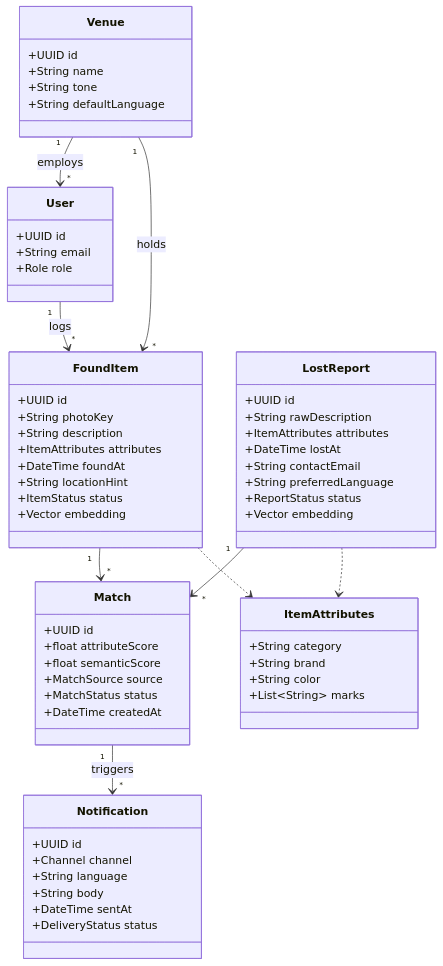
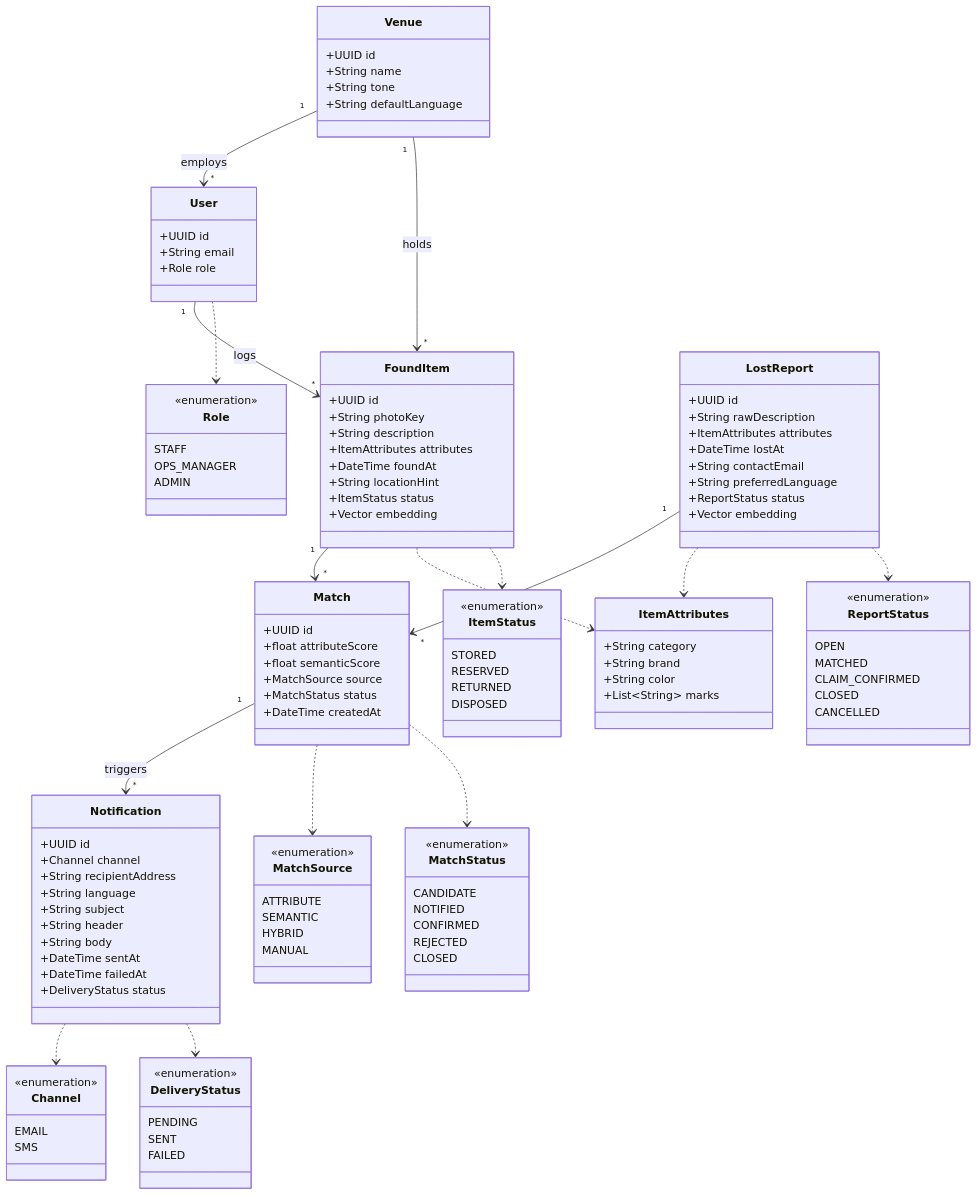
Before and after one commit to AET-DevOps26/team-chaos-monkeys: the second of 3 diagrams in docs/architecture.md, drawn with Mermaid. The commit also changed 1 other file, not shown here.

Commit message:
docs: complete analysis object model

````diff
--- a/docs/architecture.md
+++ b/docs/architecture.md
@@ -130,6 +130,12 @@
       +String email
       +Role role
     }
+    class Role {
+      <<enumeration>>
+      STAFF
+      OPS_MANAGER
+      ADMIN
+    }
     class FoundItem {
       +UUID id
       +String photoKey
@@ -139,6 +145,13 @@
       +String locationHint
       +ItemStatus status
       +Vector embedding
+    }
+    class ItemStatus {
+      <<enumeration>>
+      STORED
+      RESERVED
+      RETURNED
+      DISPOSED
     }
     class LostReport {
       +UUID id
@@ -150,6 +163,14 @@
       +ReportStatus status
       +Vector embedding
     }
+    class ReportStatus {
+      <<enumeration>>
+      OPEN
+      MATCHED
+      CLAIM_CONFIRMED
+      CLOSED
+      CANCELLED
+    }
     class Match {
       +UUID id
       +float attributeScore
@@ -158,13 +179,43 @@
       +MatchStatus status
       +DateTime createdAt
     }
+    class MatchSource {
+      <<enumeration>>
+      ATTRIBUTE
+      SEMANTIC
+      HYBRID
+      MANUAL
+    }
+    class MatchStatus {
+      <<enumeration>>
+      CANDIDATE
+      NOTIFIED
+      CONFIRMED
+      REJECTED
+      CLOSED
+    }
     class Notification {
       +UUID id
       +Channel channel
+      +String recipientAddress
       +String language
+      +String subject
+      +String header
       +String body
       +DateTime sentAt
+      +DateTime failedAt
       +DeliveryStatus status
+    }
+    class Channel {
+      <<enumeration>>
+      EMAIL
+      SMS
+    }
+    class DeliveryStatus {
+      <<enumeration>>
+      PENDING
+      SENT
+      FAILED
     }
     class ItemAttributes {
       +String category
@@ -181,4 +232,11 @@
     Match "1" --> "*" Notification : triggers
     FoundItem ..> ItemAttributes
     LostReport ..> ItemAttributes
+    User ..> Role
+    FoundItem ..> ItemStatus
+    LostReport ..> ReportStatus
+    Match ..> MatchSource
+    Match ..> MatchStatus
+    Notification ..> Channel
+    Notification ..> DeliveryStatus
 ```
````
